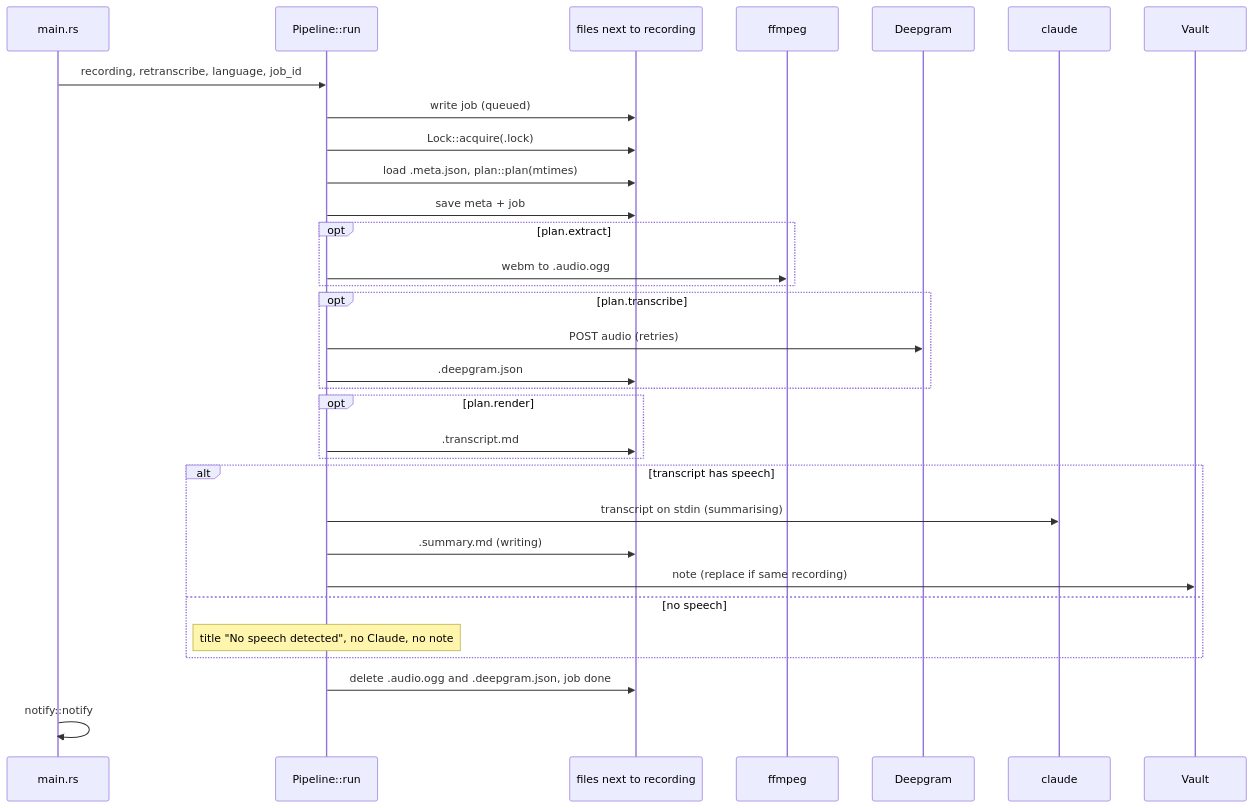
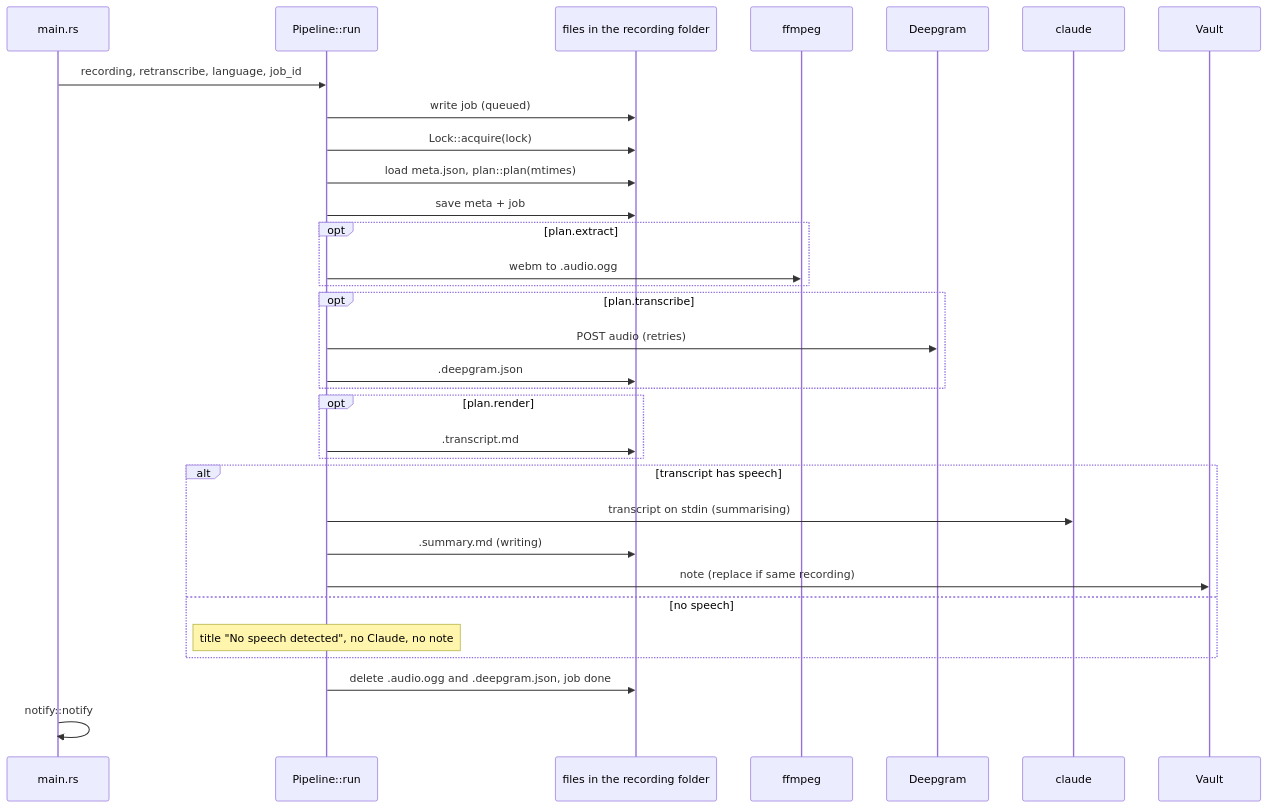
One commit to masnun-siam/meeting-manager changed the first of 2 diagrams in docs/features/processing.md. Above: the diagram before and after it, drawn with Mermaid. The commit also changed other lines of this file and 8 other files, not shown here.

Commit message:
feat(#64): short side-file names in the recording's folder

````diff
--- a/docs/features/processing.md
+++ b/docs/features/processing.md
@@ -21,34 +21,34 @@
 ```mermaid
 sequenceDiagram
     participant M as main.rs
     participant P as Pipeline::run
-    participant FS as files next to recording
+    participant FS as files in the recording folder
     participant X as ffmpeg
     participant D as Deepgram
     participant C as claude
     participant V as Vault
     M->>P: recording, retranscribe, language, job_id
     P->>FS: write job (queued)
-    P->>FS: Lock::acquire(.lock)
-    P->>FS: load .meta.json, plan::plan(mtimes)
+    P->>FS: Lock::acquire(lock)
+    P->>FS: load meta.json, plan::plan(mtimes)
     P->>FS: save meta + job
     opt plan.extract
         P->>X: webm to .audio.ogg
     end
     opt plan.transcribe
         P->>D: POST audio (retries)
         P->>FS: .deepgram.json
     end
     opt plan.render
         P->>FS: .transcript.md
     end
     alt transcript has speech
         P->>C: transcript on stdin (summarising)
         P->>FS: .summary.md (writing)
         P->>V: note (replace if same recording)
     else no speech
         Note over P: title "No speech detected", no Claude, no note
     end
     P->>FS: delete .audio.ogg and .deepgram.json, job done
     M->>M: notify::notify
 ```
````
